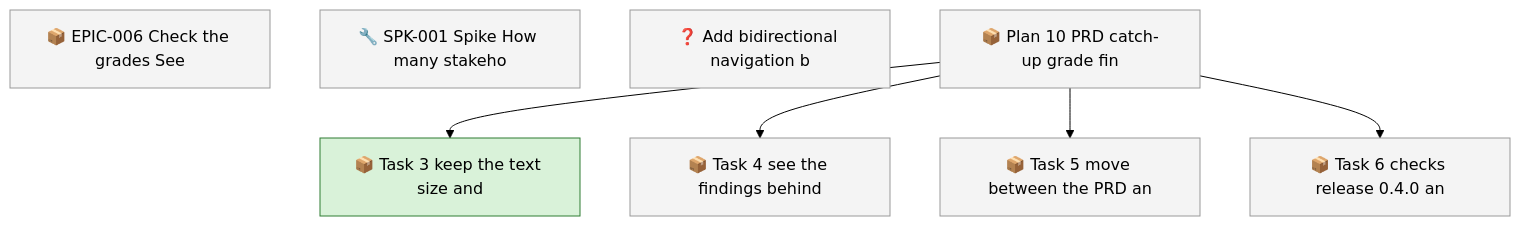
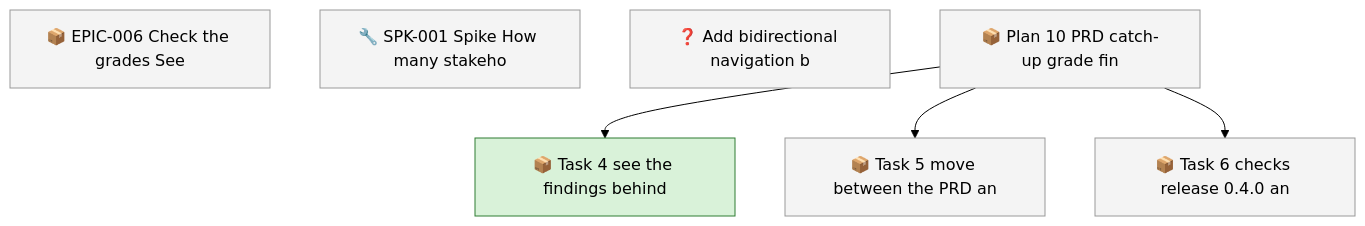
The first of 2 diagrams in docs/roadmap.md (SpillwaveSolutions/prd-forge-viewer), drawn with Mermaid (forest theme) before and after one commit. The commit also changed other lines of this file and 15 other files, not shown here.

First line of the commit message:
feat: keep the text size and the search pin in settings.json

````diff
--- a/docs/roadmap.md
+++ b/docs/roadmap.md
@@ -63,19 +62,17 @@
 ```mermaid
 graph TD
     01M61XNM7GHPSJ1B96BCHA59ZE["📦 EPIC-006 Check the grades See"]
     01M61XNM9NY7F4D4V7400J56X9["🔧 SPK-001 Spike How many stakeho"]
     01M67NFZH5C1HWH4SBC22ZVXMS["❓ Add bidirectional navigation b"]
     01M67NH4X4JGDJB233B670SJFF["📦 Plan 10 PRD catch-up grade fin"]
-    01M67NH4XPWE52APES54MYFEV6["📦 Task 3 keep the text size and"]
     01M67NH4XPWE52APES54MYFEV8["📦 Task 4 see the findings behind"]
     01M67NH4XPWE52APES54MYFEVA["📦 Task 5 move between the PRD an"]
     01M67NH4XPWE52APES54MYFEVC["📦 Task 6 checks release 0.4.0 an"]
-    01M67NH4X4JGDJB233B670SJFF --> 01M67NH4XPWE52APES54MYFEV6
     01M67NH4X4JGDJB233B670SJFF --> 01M67NH4XPWE52APES54MYFEV8
     01M67NH4X4JGDJB233B670SJFF --> 01M67NH4XPWE52APES54MYFEVA
     01M67NH4X4JGDJB233B670SJFF --> 01M67NH4XPWE52APES54MYFEVC
     classDef todo fill:#f4f4f4,stroke:#999999
-    class 01M61XNM7GHPSJ1B96BCHA59ZE,01M61XNM9NY7F4D4V7400J56X9,01M67NFZH5C1HWH4SBC22ZVXMS,01M67NH4X4JGDJB233B670SJFF,01M67NH4XPWE52APES54MYFEV8,01M67NH4XPWE52APES54MYFEVA,01M67NH4XPWE52APES54MYFEVC todo
+    class 01M61XNM7GHPSJ1B96BCHA59ZE,01M61XNM9NY7F4D4V7400J56X9,01M67NFZH5C1HWH4SBC22ZVXMS,01M67NH4X4JGDJB233B670SJFF,01M67NH4XPWE52APES54MYFEVA,01M67NH4XPWE52APES54MYFEVC todo
     classDef in_progress fill:#d9f2d9,stroke:#2e7d32
-    class 01M67NH4XPWE52APES54MYFEV6 in_progress
+    class 01M67NH4XPWE52APES54MYFEV8 in_progress
 ```
````
